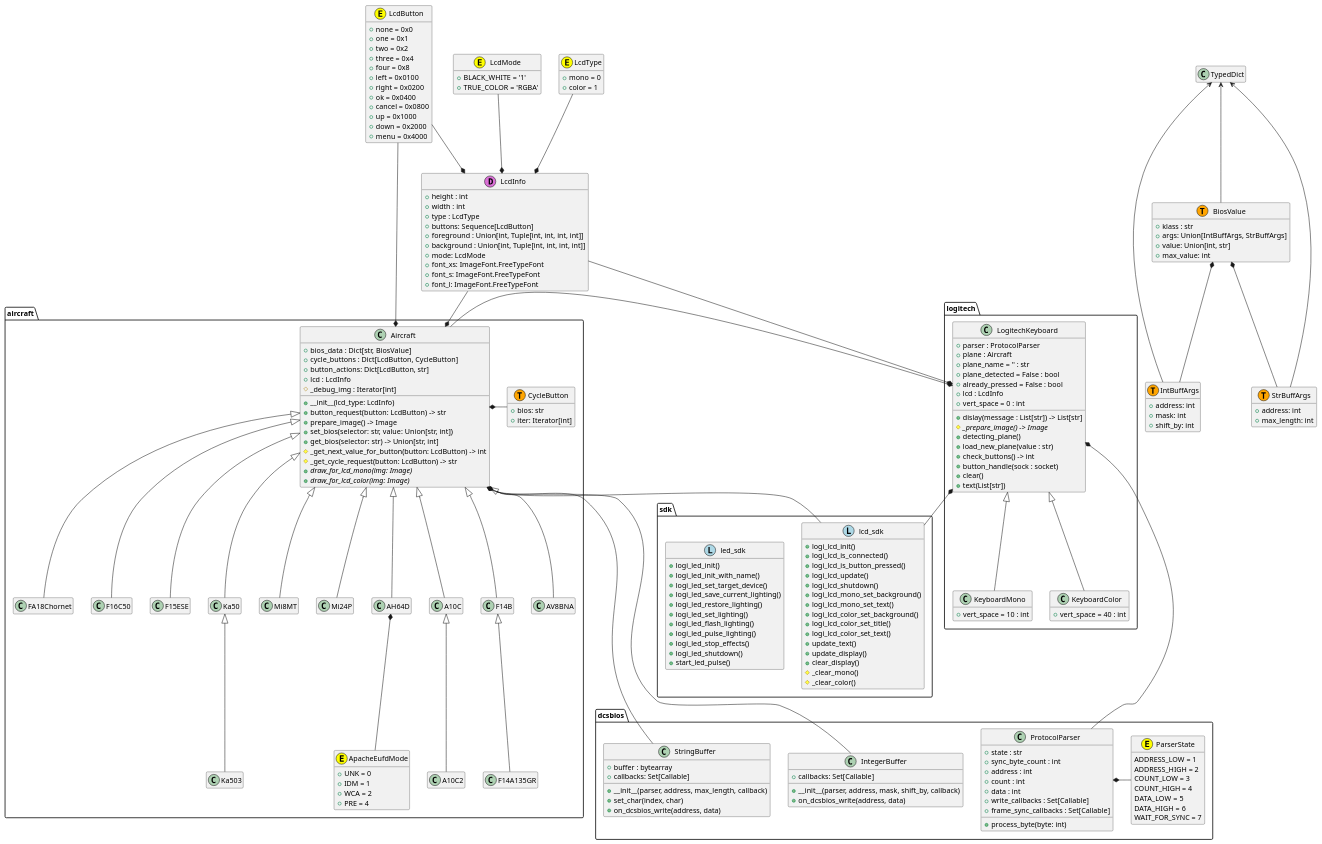
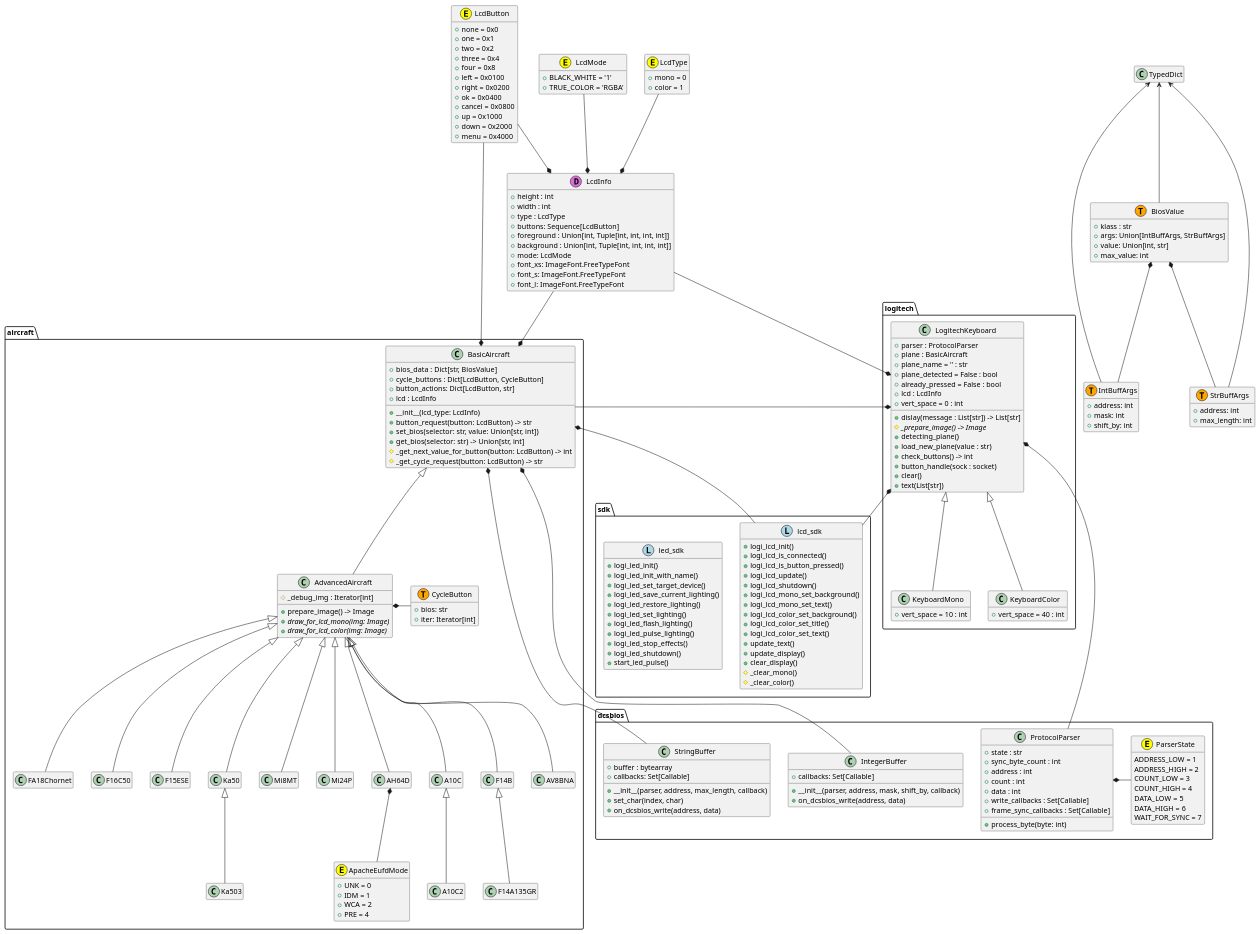
One commit to emcek/dcspy changed the diagram in uml/classes.puml. Above: the diagram before and after it, drawn with PlantUML.

Commit message:
update UML for Basic and Advanced aircraft

```diff
--- a/uml/classes.puml
+++ b/uml/classes.puml
@@ -44,7 +44,7 @@
 
     class LogitechKeyboard {
         + parser : ProtocolParser
-        + plane : Aircraft
+        + plane : BasicAircraft
         + plane_name = '' : str
         + plane_detected = False : bool
         + already_pressed = False : bool
@@ -70,35 +70,39 @@
 }
 
 package aircraft {
-    Aircraft <|-- FA18Chornet
-    Aircraft <|-- F16C50
-    Aircraft <|-- F15ESE
-    Aircraft <|-- Ka50
+    BasicAircraft <|-- AdvancedAircraft
+    AdvancedAircraft <|-- FA18Chornet
+    AdvancedAircraft <|-- F16C50
+    AdvancedAircraft <|-- F15ESE
+    AdvancedAircraft <|-- Ka50
     Ka50 <|-- Ka503
-    Aircraft <|-- Mi8MT
-    Aircraft <|-- Mi24P
-    Aircraft <|-- AH64D
-    Aircraft <|-- A10C
+    AdvancedAircraft <|-- Mi8MT
+    AdvancedAircraft <|-- Mi24P
+    AdvancedAircraft <|-- AH64D
+    AdvancedAircraft <|-- A10C
     A10C <|-- A10C2
-    Aircraft <|-- F14B
+    AdvancedAircraft <|-- F14B
     F14B <|-- F14A135GR
-    Aircraft <|-- AV8BNA
+    AdvancedAircraft <|-- AV8BNA
     AH64D *-- ApacheEufdMode
-    Aircraft *- CycleButton
+    AdvancedAircraft *- CycleButton
 
-    class Aircraft {
+    class BasicAircraft {
         + bios_data : Dict[str, BiosValue]
         + cycle_buttons : Dict[LcdButton, CycleButton]
         + button_actions: Dict[LcdButton, str]
         + lcd : LcdInfo
-        # _debug_img : Iterator[int]
         + __init__(lcd_type: LcdInfo)
         + button_request(button: LcdButton) -> str
-        + prepare_image() -> Image
         + set_bios(selector: str, value: Union[str, int])
         + get_bios(selector: str) -> Union[str, int]
         # _get_next_value_for_button(button: LcdButton) -> int
         # _get_cycle_request(button: LcdButton) -> str
+    }
+
+    class AdvancedAircraft {
+        # _debug_img : Iterator[int]
+        + prepare_image() -> Image
         + {abstract} draw_for_lcd_mono(img: Image)
         + {abstract} draw_for_lcd_color(img: Image)
     }
@@ -215,15 +219,15 @@
 LcdType --* LcdInfo
 LcdMode --* LcdInfo
 LcdButton --* LcdInfo
-LcdButton -* Aircraft
+LcdButton -* BasicAircraft
 
-LogitechKeyboard *- Aircraft
+LogitechKeyboard *- BasicAircraft
 LcdInfo -* LogitechKeyboard
 LogitechKeyboard *--- ProtocolParser
 LogitechKeyboard *-- lcd_sdk
 
-LcdInfo --* Aircraft
-Aircraft *-- StringBuffer
-Aircraft *--- IntegerBuffer
-Aircraft *-- lcd_sdk
+LcdInfo --* BasicAircraft
+BasicAircraft *-- StringBuffer
+BasicAircraft *--- IntegerBuffer
+BasicAircraft *-- lcd_sdk
 @enduml
```
